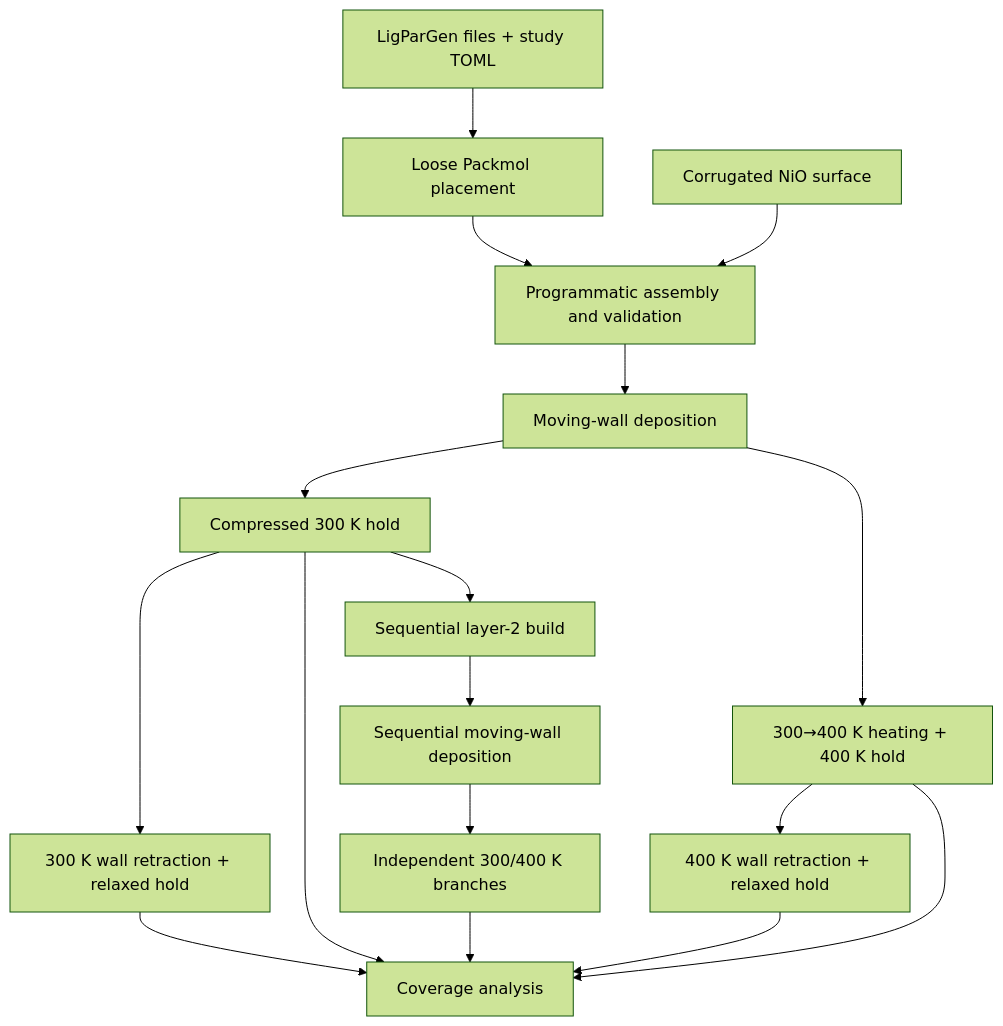
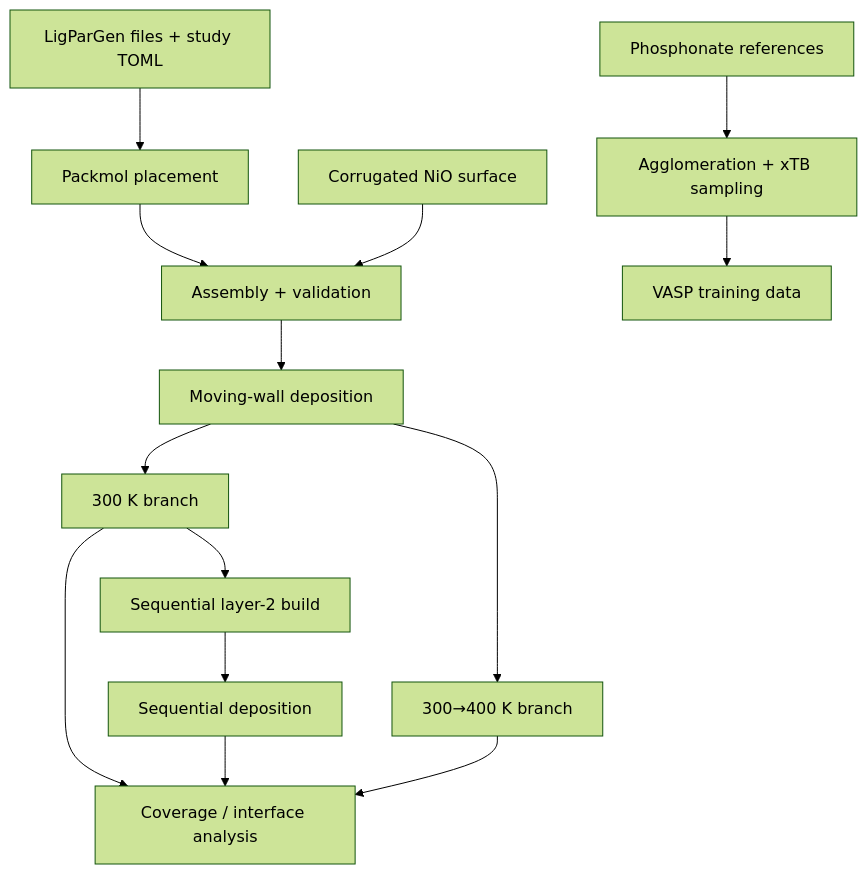
Before and after one commit to lgutsev/NiO_MD_Passivation: the diagram in README.md, drawn with Mermaid (forest theme). The commit also changed other lines of this file and 4 other files, not shown here.

````diff
--- a/README.md
+++ b/README.md
@@ -73,19 +36,16 @@
 ```mermaid
 flowchart TD
-    A["LigParGen files + study TOML"] --> B["Loose Packmol placement"]
-    S["Corrugated NiO surface"] --> C["Programmatic assembly and validation"]
+    A["LigParGen files + study TOML"] --> B["Packmol placement"]
+    S["Corrugated NiO surface"] --> C["Assembly + validation"]
     B --> C
     C --> D["Moving-wall deposition"]
-    D --> E["Compressed 300 K hold"]
-    D --> F["300→400 K heating + 400 K hold"]
-    E --> K["300 K wall retraction + relaxed hold"]
-    F --> L["400 K wall retraction + relaxed hold"]
-    E --> G["Coverage analysis"]
+    D --> E["300 K branch"]
+    D --> F["300→400 K branch"]
+    E --> G["Coverage / interface analysis"]
     F --> G
-    K --> G
-    L --> G
     E --> H["Sequential layer-2 build"]
-    H --> I["Sequential moving-wall deposition"]
-    I --> J["Independent 300/400 K branches"]
-    J --> G
+    H --> I["Sequential deposition"]
+    I --> G
+    J["Phosphonate references"] --> K["Agglomeration + xTB sampling"]
+    K --> L["VASP training data"]
 ```
````
